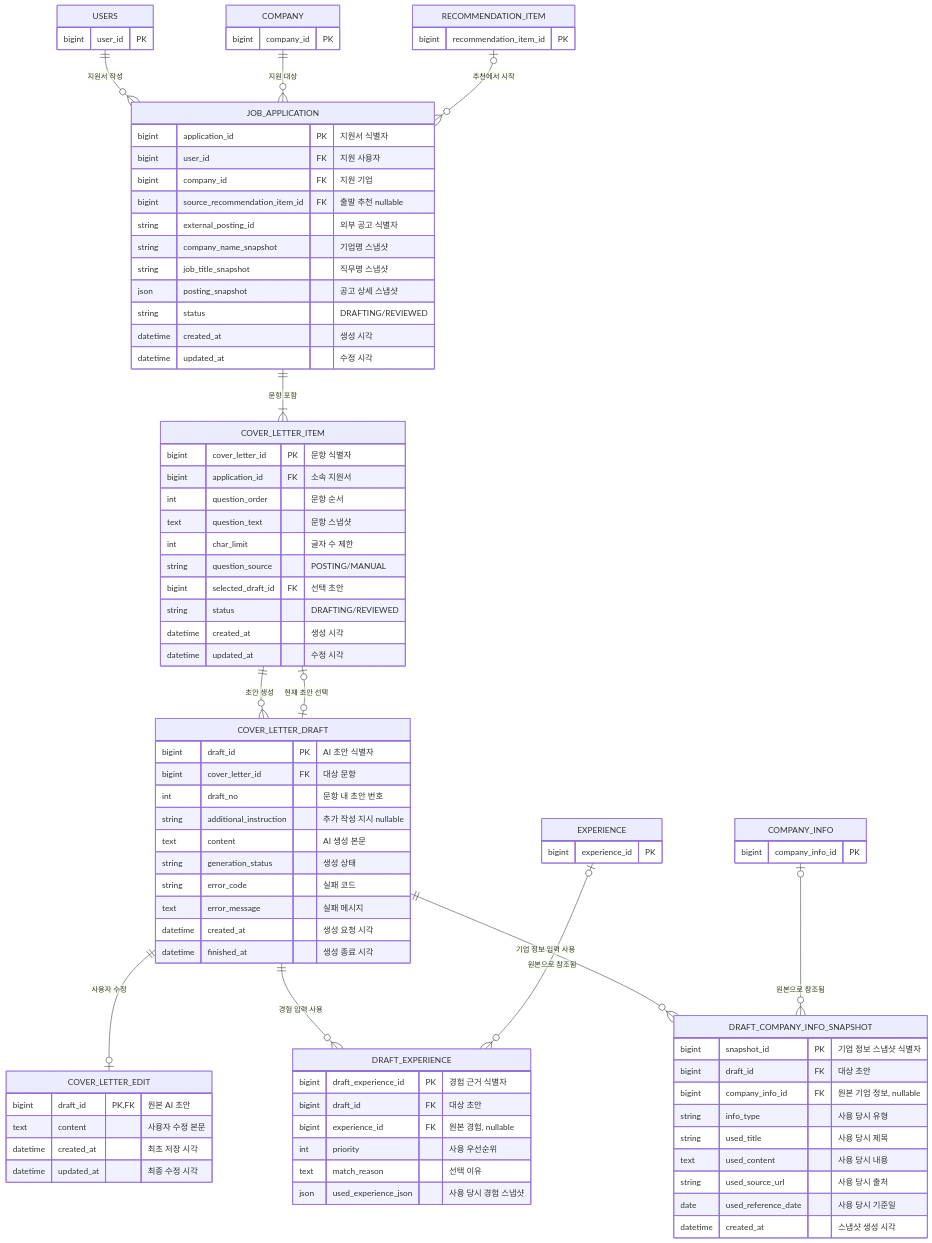
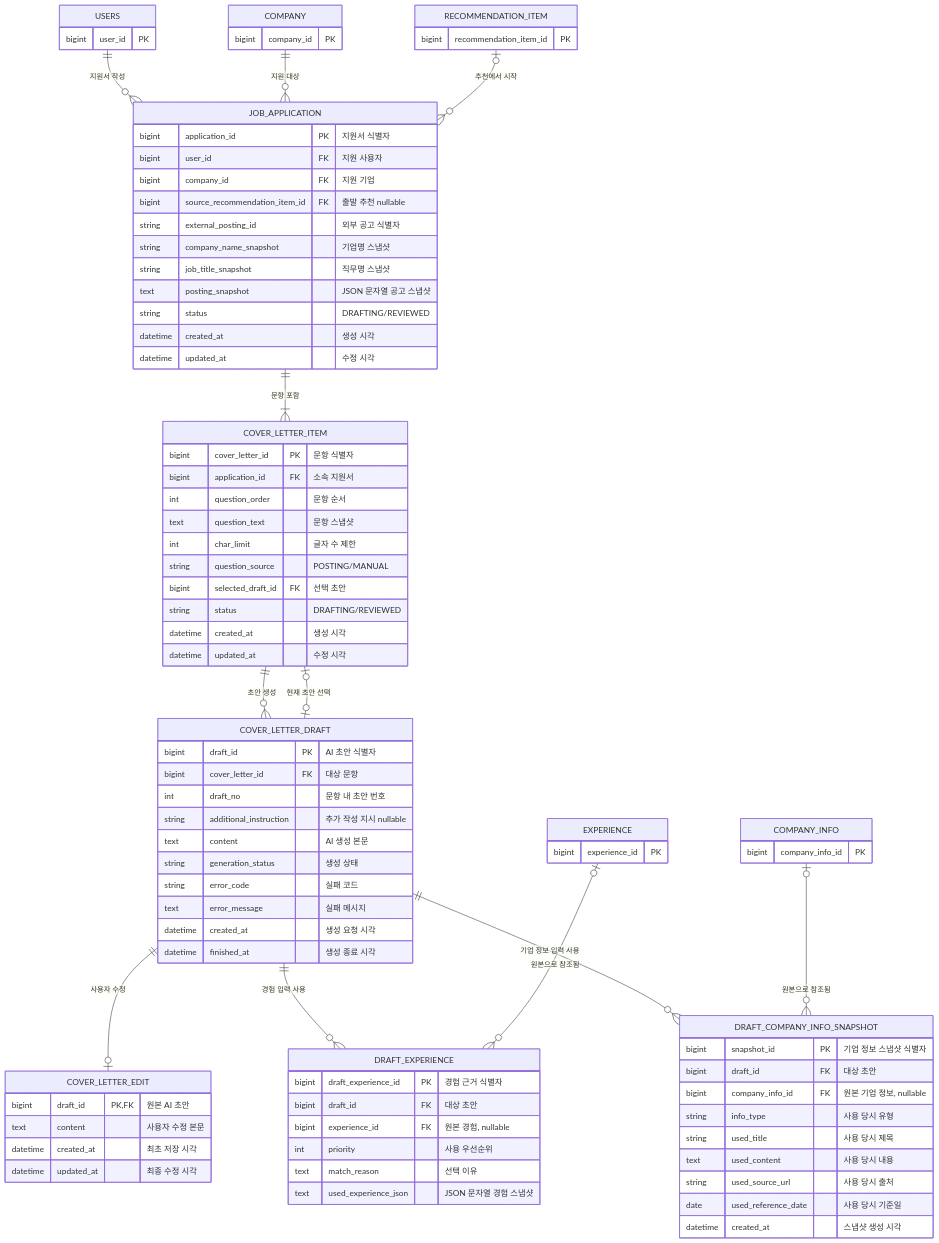
One commit to skala-gj-6/resume-recommendation changed the diagram in docs/db/04_application_cover_letter.md. Above: the diagram before and after it, drawn with Mermaid. The commit also changed other lines of this file and 4 other files, not shown here.

Commit message:
docs: 현재 구현 기준으로 ERD 문서 최신화 (#23)

```diff
--- a/docs/db/04_application_cover_letter.md
+++ b/docs/db/04_application_cover_letter.md
@@ -48,7 +50,7 @@
         string external_posting_id "외부 공고 식별자"
         string company_name_snapshot "기업명 스냅샷"
         string job_title_snapshot "직무명 스냅샷"
-        json posting_snapshot "공고 상세 스냅샷"
+        text posting_snapshot "JSON 문자열 공고 스냅샷"
         string status "DRAFTING/REVIEWED"
         datetime created_at "생성 시각"
         datetime updated_at "수정 시각"
@@ -93,7 +95,7 @@
         bigint experience_id FK "원본 경험, nullable"
         int priority "사용 우선순위"
         text match_reason "선택 이유"
-        json used_experience_json "사용 당시 경험 스냅샷"
+        text used_experience_json "JSON 문자열 경험 스냅샷"
     }
 
     DRAFT_COMPANY_INFO_SNAPSHOT {
```
